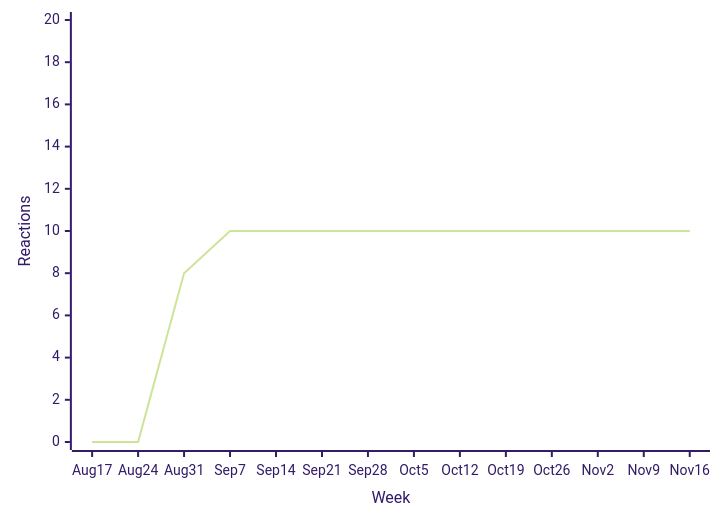
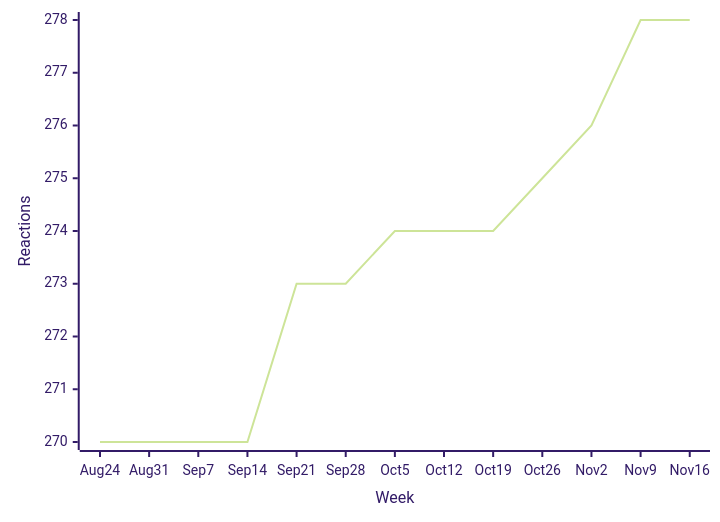
Before and after one commit to loic-sharma/github-insights: diagram 16 of 31 in README.md, drawn with Mermaid (forest theme). The commit also changed other lines of this file and 3 other files, not shown here.

````diff
--- a/README.md
+++ b/README.md
@@ -579,6 +579,6 @@
   ```mermaid
   xychart-beta
-    x-axis "Week" [Aug 17, Aug 24, Aug 31, Sep 7, Sep 14, Sep 21, Sep 28, Oct 5, Oct 12, Oct 19, Oct 26, Nov 2, Nov 9, Nov 16]
-    y-axis "Reactions" 0 --> 20
-    line [0, 0, 8, 10, 10, 10, 10, 10, 10, 10, 10, 10, 10, 10]
+    x-axis "Week" [Aug 24, Aug 31, Sep 7, Sep 14, Sep 21, Sep 28, Oct 5, Oct 12, Oct 19, Oct 26, Nov 2, Nov 9, Nov 16]
+    y-axis "Reactions"
+    line [270, 270, 270, 270, 273, 273, 274, 274, 274, 275, 276, 278, 278]
   ```
````
